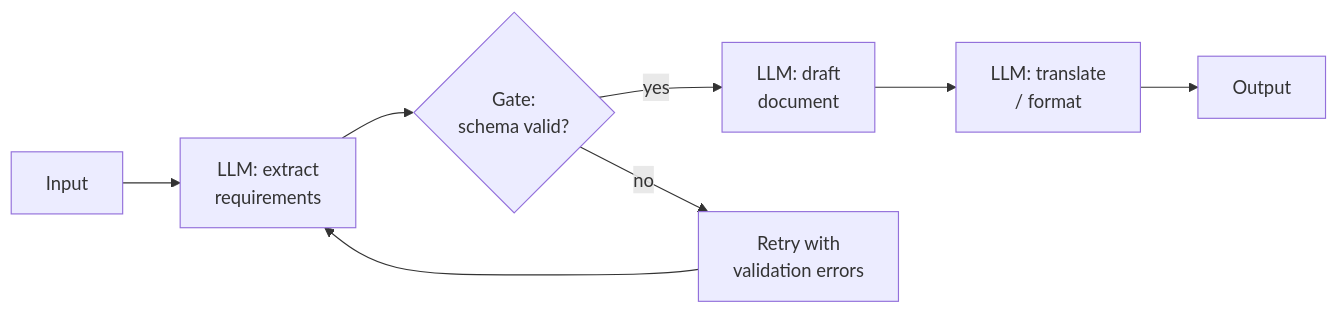
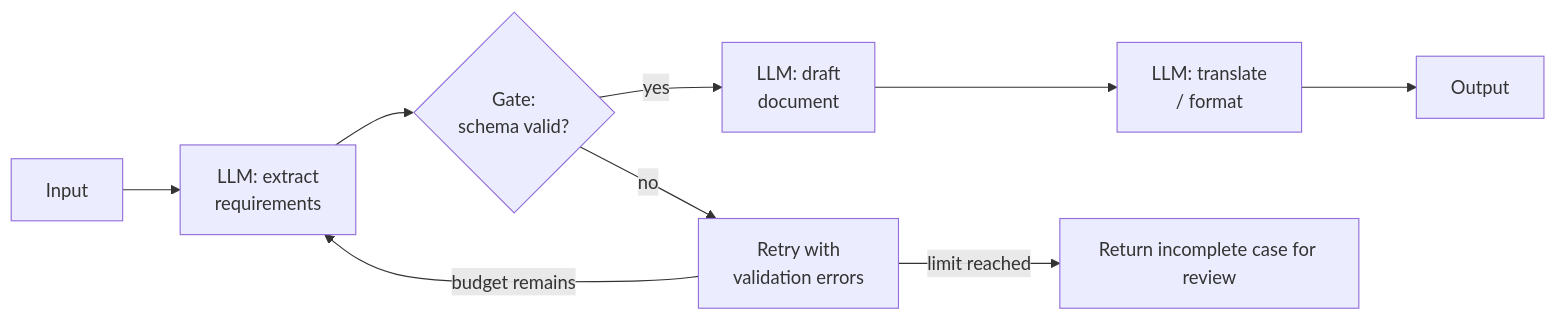
Before and after one commit to babushkai/system-design-patterns: the second of 5 diagrams in 17-llm-systems/02-orchestration-patterns.md, drawn with Mermaid. The commit also changed other lines of this file and 11 other files, not shown here.

````diff
--- a/17-llm-systems/02-orchestration-patterns.md
+++ b/17-llm-systems/02-orchestration-patterns.md
@@ -34,10 +34,11 @@
 ```mermaid
 graph LR
     IN["Input"] --> S1["LLM: extract<br/>requirements"]
     S1 --> G1{"Gate:<br/>schema valid?"}
     G1 -->|yes| S2["LLM: draft<br/>document"]
     G1 -->|no| FIX["Retry with<br/>validation errors"]
-    FIX --> S1
+    FIX -->|budget remains| S1
+    FIX -->|limit reached| REVIEW["Return incomplete case for review"]
     S2 --> S3["LLM: translate<br/>/ format"]
     S3 --> OUT["Output"]
 ```
````
